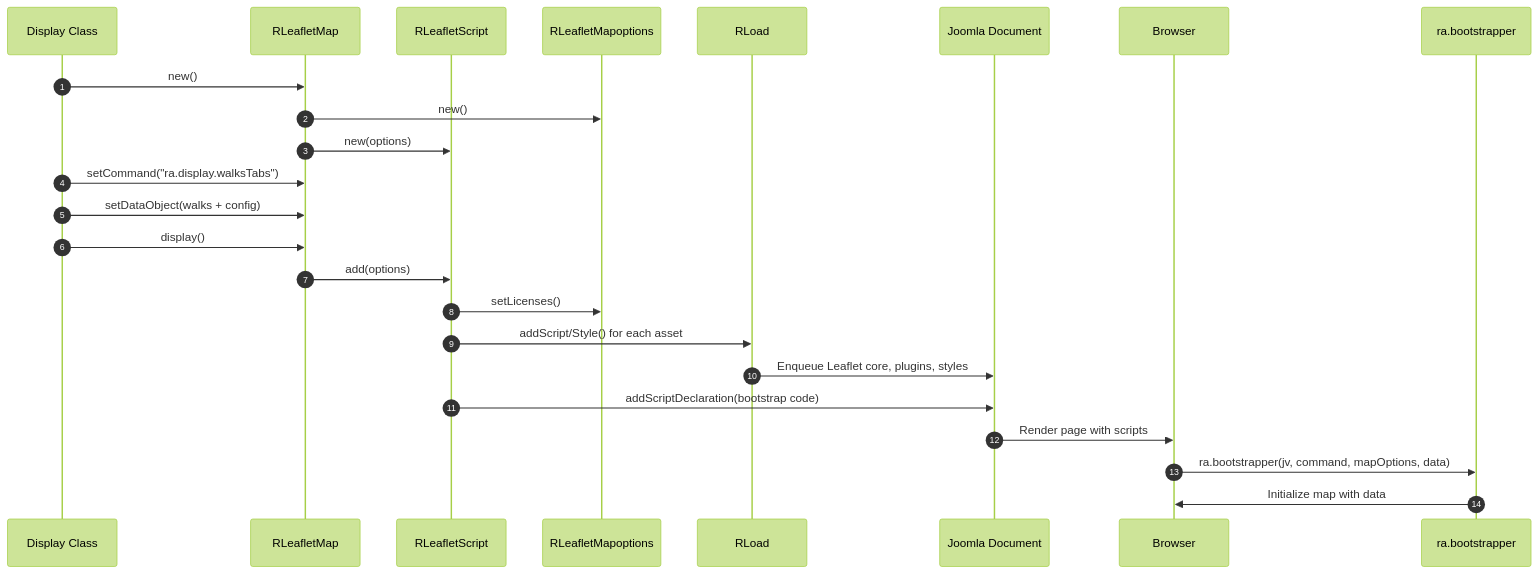
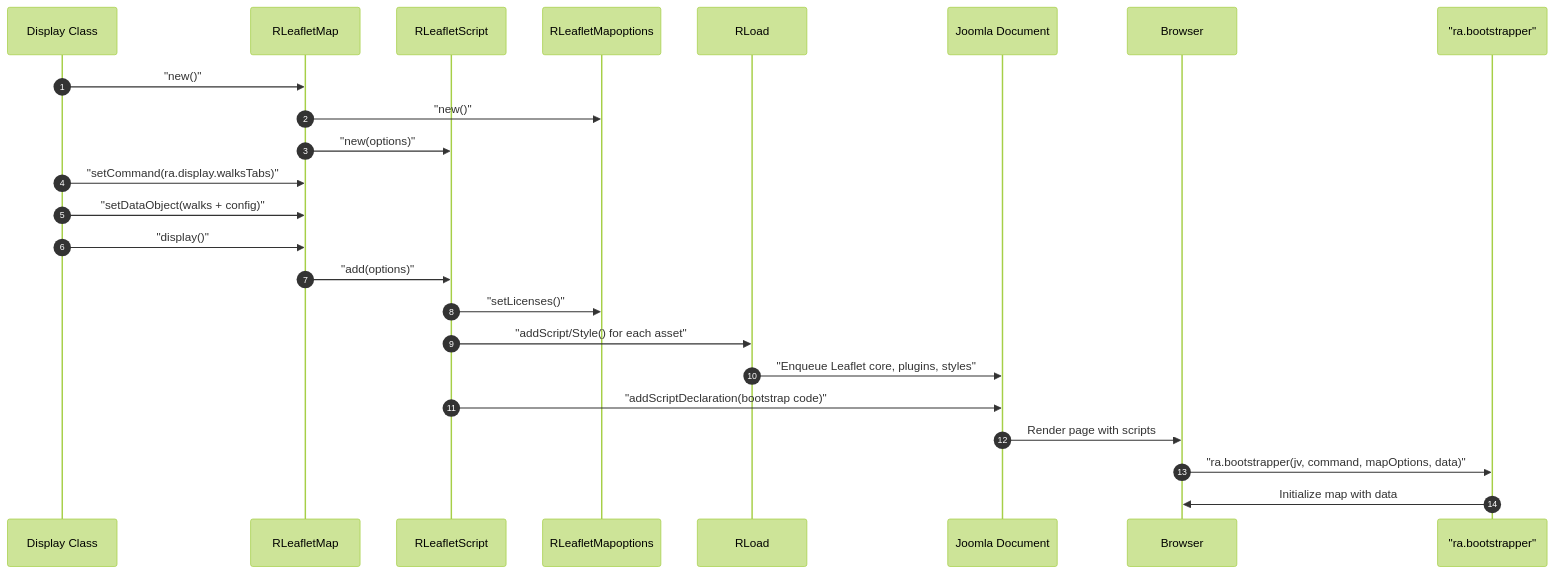
One commit to pauljrhodes/ramblers-library changed the second of 4 diagrams in leaflet/HLD.md. Above: the diagram before and after it, drawn with Mermaid (forest theme). The commit also changed other lines of this file and 33 other files, not shown here.

First line of the commit message:
Normalize Mermaid diagrams for GitHub rendering (#13)

````diff
--- a/leaflet/HLD.md
+++ b/leaflet/HLD.md
@@ -221,27 +221,27 @@
 ```mermaid
 sequenceDiagram
     autonumber
     participant Display as Display Class
     participant Map as RLeafletMap
     participant Script as RLeafletScript
     participant Options as RLeafletMapoptions
     participant Load as RLoad
     participant Doc as Joomla Document
     participant Browser as Browser
-    participant Bootstrap as ra.bootstrapper
+    participant Bootstrap as "ra.bootstrapper"
 
-    Display->>Map: new()
-    Map->>Options: new()
-    Map->>Script: new(options)
-    Display->>Map: setCommand("ra.display.walksTabs")
-    Display->>Map: setDataObject(walks + config)
-    Display->>Map: display()
-    Map->>Script: add(options)
-    Script->>Options: setLicenses()
-    Script->>Load: addScript/Style() for each asset
-    Load->>Doc: Enqueue Leaflet core, plugins, styles
-    Script->>Doc: addScriptDeclaration(bootstrap code)
+    Display->>Map: "new()"
+    Map->>Options: "new()"
+    Map->>Script: "new(options)"
+    Display->>Map: "setCommand(ra.display.walksTabs)"
+    Display->>Map: "setDataObject(walks + config)"
+    Display->>Map: "display()"
+    Map->>Script: "add(options)"
+    Script->>Options: "setLicenses()"
+    Script->>Load: "addScript/Style() for each asset"
+    Load->>Doc: "Enqueue Leaflet core, plugins, styles"
+    Script->>Doc: "addScriptDeclaration(bootstrap code)"
     Doc->>Browser: Render page with scripts
-    Browser->>Bootstrap: ra.bootstrapper(jv, command, mapOptions, data)
+    Browser->>Bootstrap: "ra.bootstrapper(jv, command, mapOptions, data)"
     Bootstrap->>Browser: Initialize map with data
 ```
````
